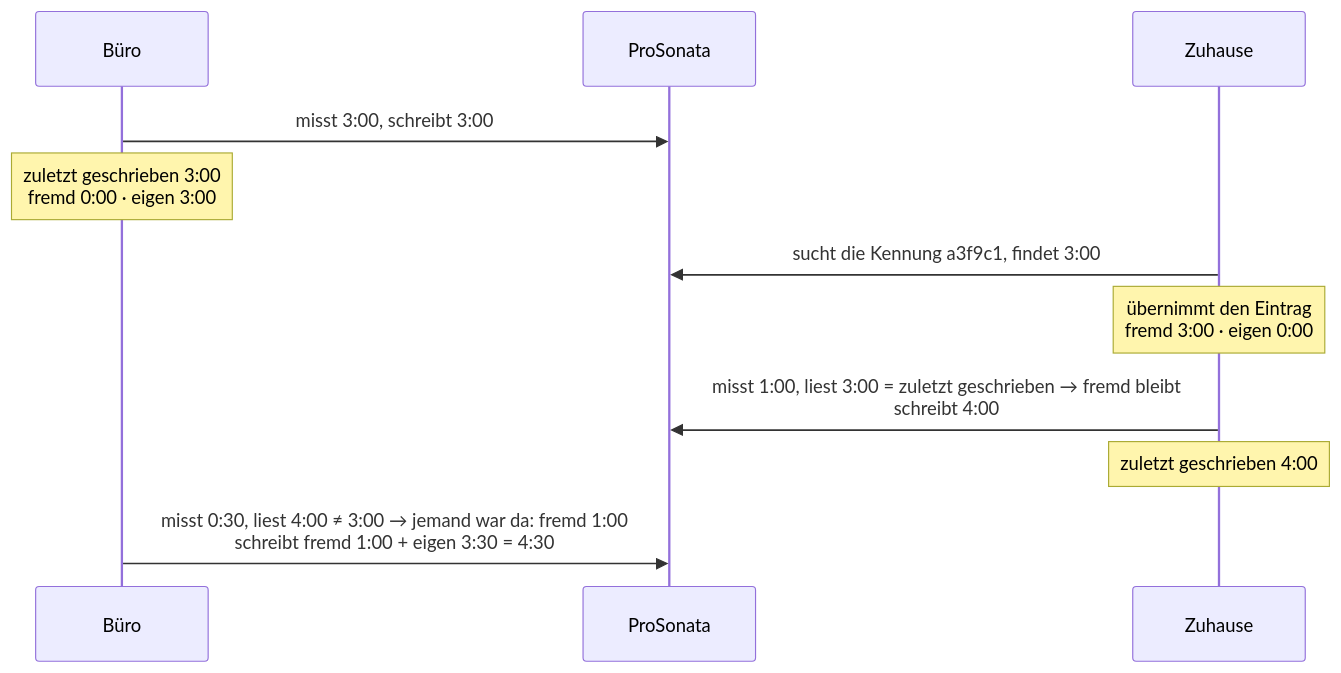
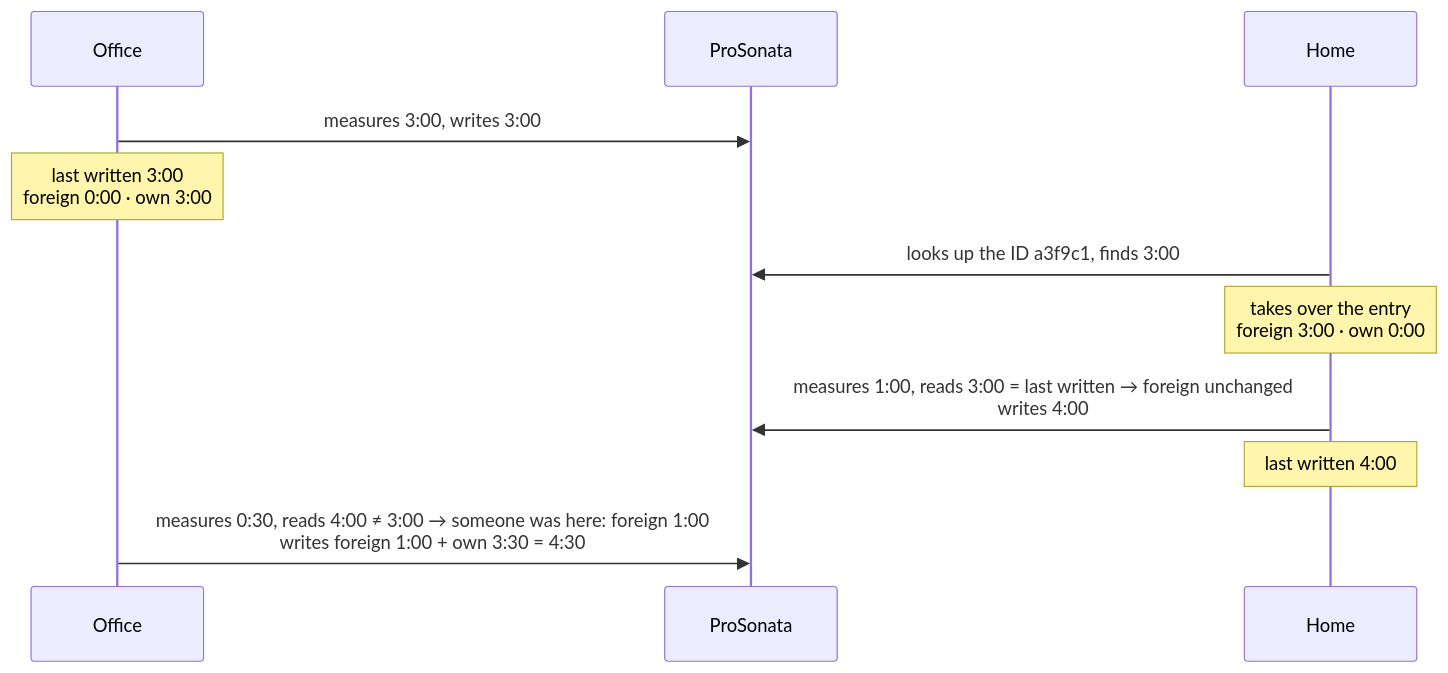
The third of 4 diagrams in README.md (profitlich-ch/prosonata-vscode-tools), drawn with Mermaid before and after one commit. The commit also changed other lines of this file and 41 other files, not shown here.

````diff
--- a/README.md
+++ b/README.md
@@ -164,13 +169,13 @@
 ```mermaid
 sequenceDiagram
-    participant B as Büro
+    participant O as Office
     participant P as ProSonata
-    participant Z as Zuhause
-    B->>P: misst 3:00, schreibt 3:00
-    Note over B: zuletzt geschrieben 3:00<br/>fremd 0:00 · eigen 3:00
-    Z->>P: sucht die Kennung a3f9c1, findet 3:00
-    Note over Z: übernimmt den Eintrag<br/>fremd 3:00 · eigen 0:00
-    Z->>P: misst 1:00, liest 3:00 = zuletzt geschrieben → fremd bleibt<br/>schreibt 4:00
-    Note over Z: zuletzt geschrieben 4:00
-    B->>P: misst 0:30, liest 4:00 ≠ 3:00 → jemand war da: fremd 1:00<br/>schreibt fremd 1:00 + eigen 3:30 = 4:30
+    participant H as Home
+    O->>P: measures 3:00, writes 3:00
+    Note over O: last written 3:00<br/>foreign 0:00 · own 3:00
+    H->>P: looks up the ID a3f9c1, finds 3:00
+    Note over H: takes over the entry<br/>foreign 3:00 · own 0:00
+    H->>P: measures 1:00, reads 3:00 = last written → foreign unchanged<br/>writes 4:00
+    Note over H: last written 4:00
+    O->>P: measures 0:30, reads 4:00 ≠ 3:00 → someone was here: foreign 1:00<br/>writes foreign 1:00 + own 3:30 = 4:30
 ```
````
